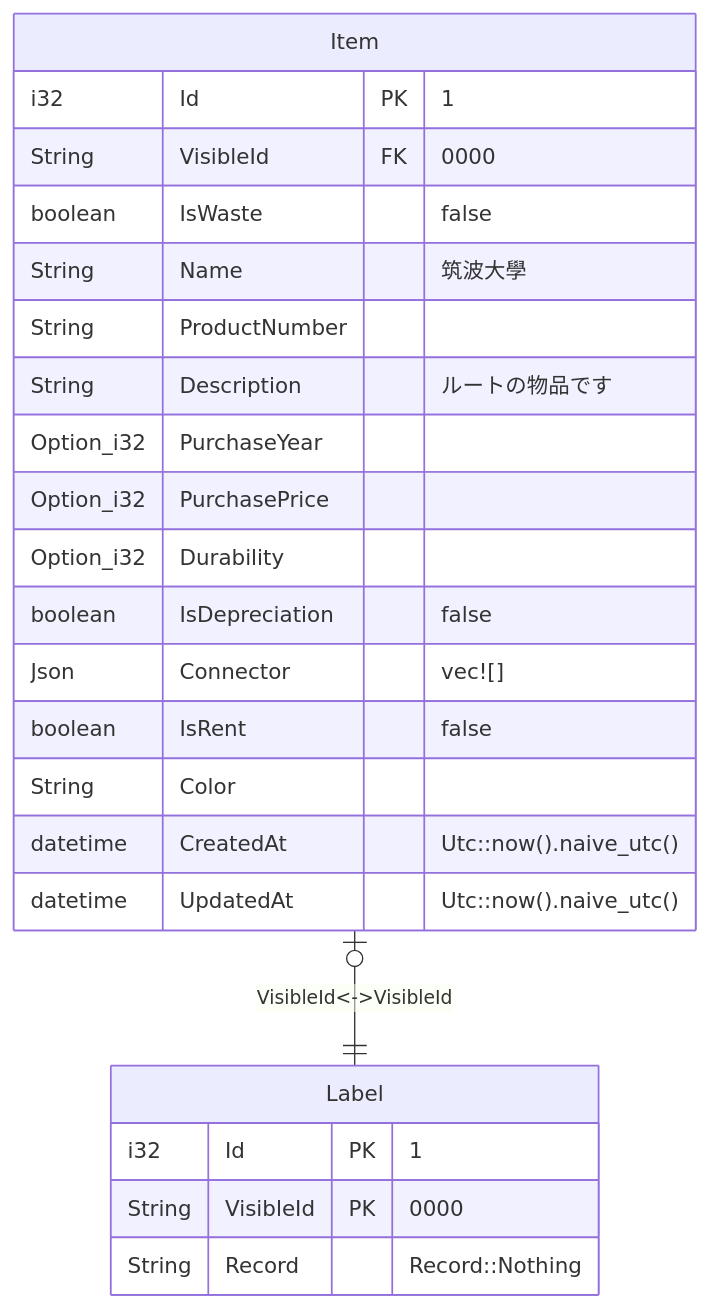
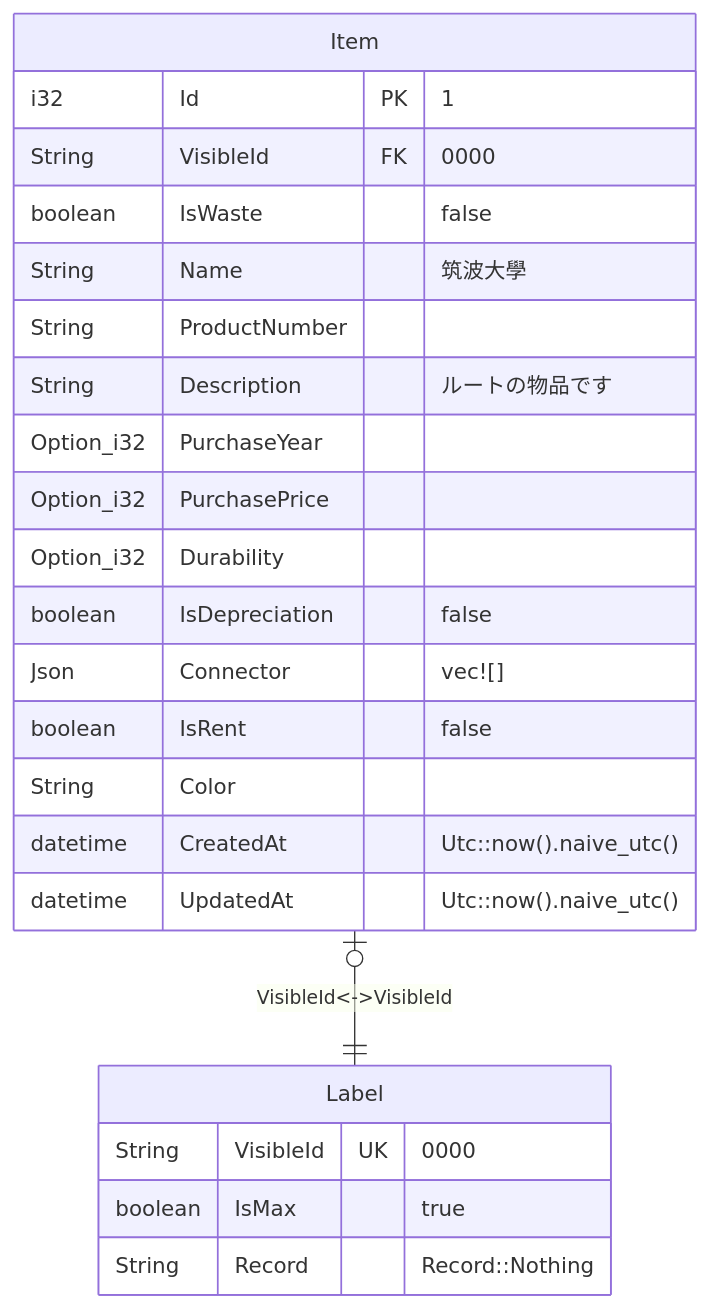
Before and after one commit to Myxogastria0808/dashi-server: the second of 4 diagrams in README.md, drawn with Mermaid. The commit also changed other lines of this file and 14 other files, not shown here.

````diff
--- a/README.md
+++ b/README.md
@@ -78,26 +87,26 @@
 ```mermaid
 erDiagram
     Item |o--|| Label : "VisibleId<->VisibleId"
     Item {
         i32 Id PK "1"
         String VisibleId FK "0000"
         boolean IsWaste "false"
         String Name "筑波大學"
         String ProductNumber ""
         String Description "ルートの物品です"
         Option_i32 PurchaseYear ""
         Option_i32 PurchasePrice ""
         Option_i32 Durability ""
         boolean IsDepreciation "false"
         Json Connector "vec![]"
         boolean IsRent "false"
         String Color ""
         datetime CreatedAt "Utc::now().naive_utc()"
         datetime UpdatedAt "Utc::now().naive_utc()"
     }
     Label {
-        i32 Id PK "1"
-        String VisibleId PK "0000"
+        String VisibleId UK "0000"
+        boolean IsMax "true"
         String Record "Record::Nothing"
     }
 ```
````
